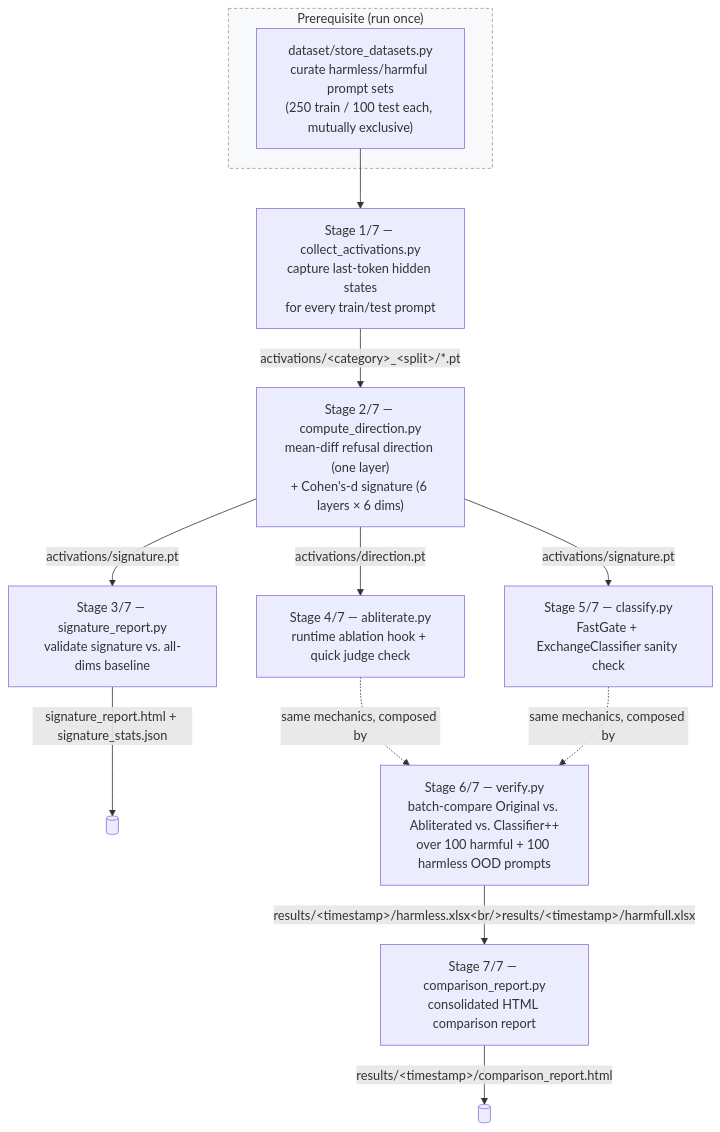
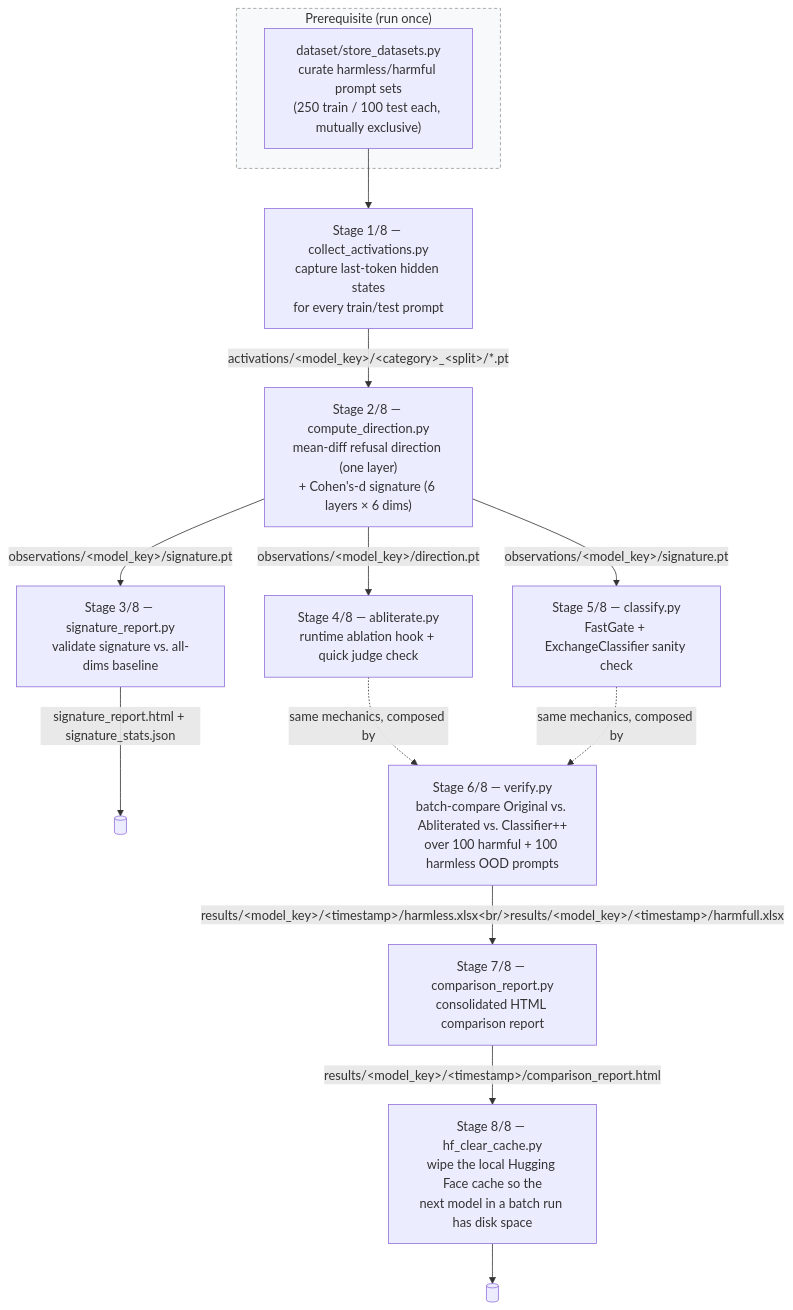
One commit to Palani-SN/abliteration-et-constitutional-classifier changed the first of 4 diagrams in README.md. Above: the diagram before and after it, drawn with Mermaid. The commit also changed other lines of this file and 933 other files, not shown here.

````diff
--- a/README.md
+++ b/README.md
@@ -61,33 +70,36 @@
 ```mermaid
 flowchart TD
     subgraph prep["Prerequisite (run once)"]
         DS["dataset/store_datasets.py<br/>curate harmless/harmful prompt sets<br/>(250 train / 100 test each, mutually exclusive)"]
     end
 
     DS --> S1
 
-    S1["Stage 1/7 — collect_activations.py<br/>capture last-token hidden states<br/>for every train/test prompt"]
-    S1 -->|activations/&lt;category&gt;_&lt;split&gt;/*.pt| S2
+    S1["Stage 1/8 — collect_activations.py<br/>capture last-token hidden states<br/>for every train/test prompt"]
+    S1 -->|activations/&lt;model_key&gt;/&lt;category&gt;_&lt;split&gt;/*.pt| S2
 
-    S2["Stage 2/7 — compute_direction.py<br/>mean-diff refusal direction (one layer)<br/>+ Cohen's-d signature (6 layers × 6 dims)"]
-    S2 -->|activations/direction.pt| S4
-    S2 -->|activations/signature.pt| S3
-    S2 -->|activations/signature.pt| S5
+    S2["Stage 2/8 — compute_direction.py<br/>mean-diff refusal direction (one layer)<br/>+ Cohen's-d signature (6 layers × 6 dims)"]
+    S2 -->|observations/&lt;model_key&gt;/direction.pt| S4
+    S2 -->|observations/&lt;model_key&gt;/signature.pt| S3
+    S2 -->|observations/&lt;model_key&gt;/signature.pt| S5
 
-    S3["Stage 3/7 — signature_report.py<br/>validate signature vs. all-dims baseline"]
+    S3["Stage 3/8 — signature_report.py<br/>validate signature vs. all-dims baseline"]
     S3 -->|signature_report.html + signature_stats.json| END1[( )]
 
-    S4["Stage 4/7 — abliterate.py<br/>runtime ablation hook + quick judge check"]
-    S5["Stage 5/7 — classify.py<br/>FastGate + ExchangeClassifier sanity check"]
+    S4["Stage 4/8 — abliterate.py<br/>runtime ablation hook + quick judge check"]
+    S5["Stage 5/8 — classify.py<br/>FastGate + ExchangeClassifier sanity check"]
 
     S4 -.same mechanics, composed by.-> S6
     S5 -.same mechanics, composed by.-> S6
 
-    S6["Stage 6/7 — verify.py<br/>batch-compare Original vs. Abliterated vs. Classifier++<br/>over 100 harmful + 100 harmless OOD prompts"]
-    S6 -->|results/&lt;timestamp&gt;/harmless.xlsx&lt;br/&gt;results/&lt;timestamp&gt;/harmfull.xlsx| S7
+    S6["Stage 6/8 — verify.py<br/>batch-compare Original vs. Abliterated vs. Classifier++<br/>over 100 harmful + 100 harmless OOD prompts"]
+    S6 -->|results/&lt;model_key&gt;/&lt;timestamp&gt;/harmless.xlsx&lt;br/&gt;results/&lt;model_key&gt;/&lt;timestamp&gt;/harmfull.xlsx| S7
 
-    S7["Stage 7/7 — comparison_report.py<br/>consolidated HTML comparison report"]
-    S7 -->|results/&lt;timestamp&gt;/comparison_report.html| END2[( )]
+    S7["Stage 7/8 — comparison_report.py<br/>consolidated HTML comparison report"]
+    S7 -->|results/&lt;model_key&gt;/&lt;timestamp&gt;/comparison_report.html| S8
+
+    S8["Stage 8/8 — hf_clear_cache.py<br/>wipe the local Hugging Face cache so the<br/>next model in a batch run has disk space"]
+    S8 --> END2[( )]
 
     style prep fill:#f8f9fa,stroke:#999,stroke-dasharray: 4 3
 ```
````
